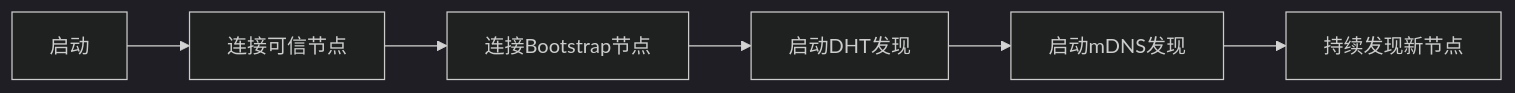
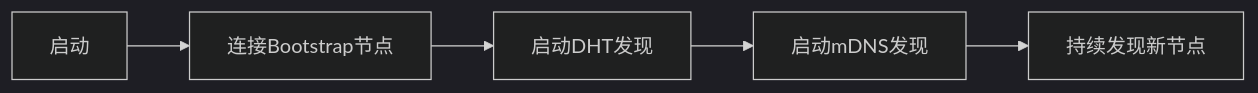
The second of 5 diagrams in network/README.md (lengzhao/chain), drawn with Mermaid (dark theme) before and after one commit. The commit also changed other lines of this file and 3 other files, not shown here.

````diff
--- a/network/README.md
+++ b/network/README.md
@@ -76,8 +70,7 @@
 ```mermaid
 graph LR
-    A[启动] --> B[连接可信节点]
-    B --> C[连接Bootstrap节点]
-    C --> D[启动DHT发现]
-    D --> E[启动mDNS发现]
-    E --> F[持续发现新节点]
+    A[启动] --> B[连接Bootstrap节点]
+    B --> C[启动DHT发现]
+    C --> D[启动mDNS发现]
+    D --> E[持续发现新节点]
 ```
````
